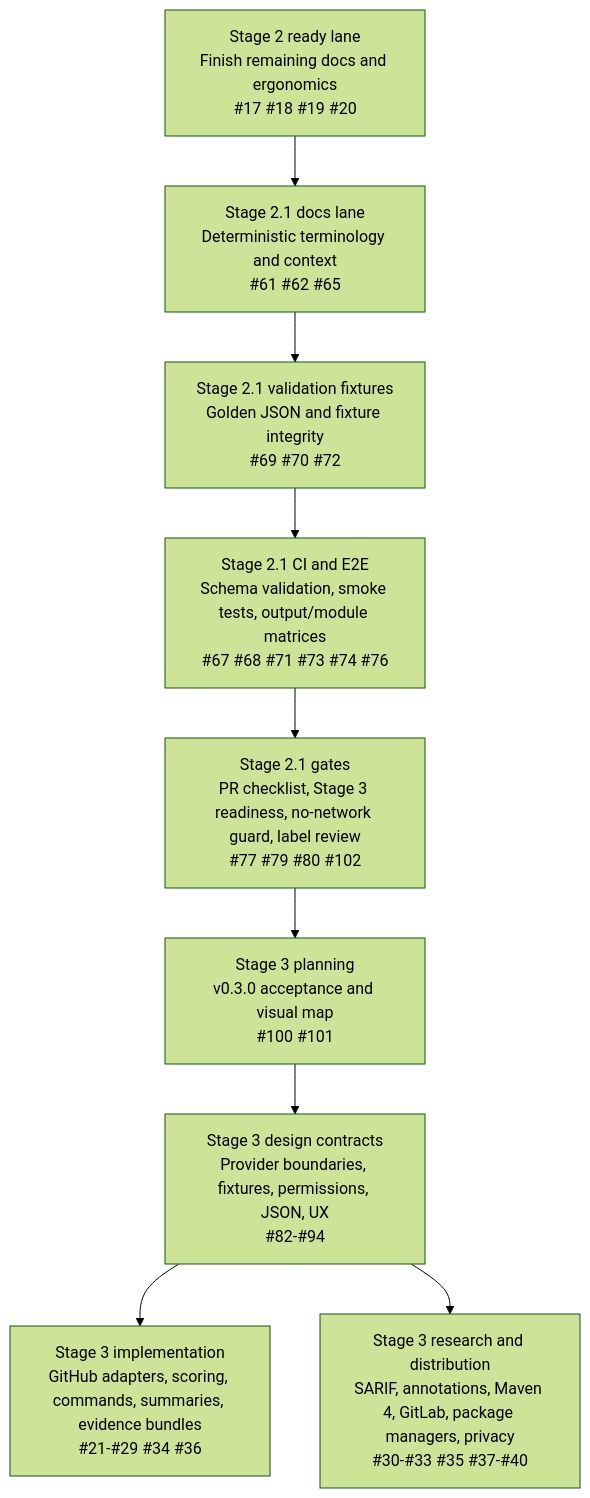
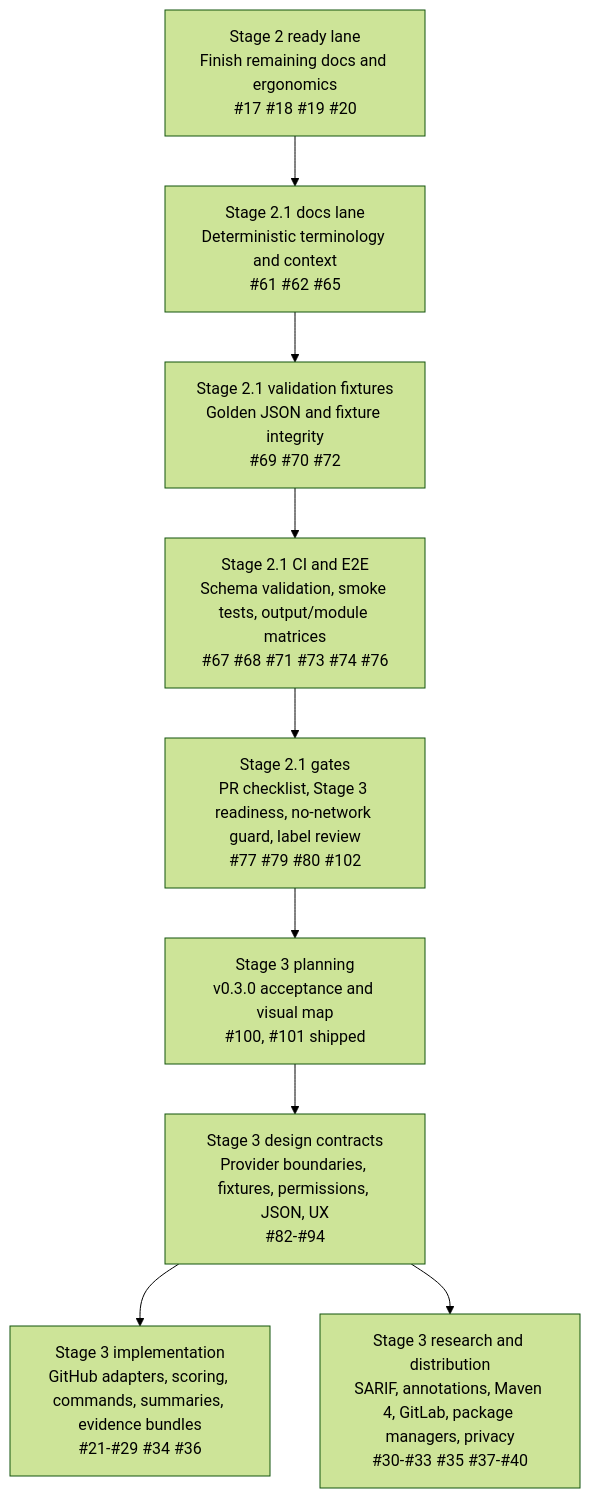
One commit to pr-cli/pr-maven-cli changed the third of 6 diagrams in docs/project-visual-map.md. Above: the diagram before and after it, drawn with Mermaid (forest theme). The commit also changed other lines of this file and 9 other files, not shown here.

````diff
--- a/docs/project-visual-map.md
+++ b/docs/project-visual-map.md
@@ -50,15 +50,15 @@
 ```mermaid
 flowchart TD
     L1["Stage 2 ready lane\nFinish remaining docs and ergonomics\n#17 #18 #19 #20"]
     L2["Stage 2.1 docs lane\nDeterministic terminology and context\n#61 #62 #65"]
     L3["Stage 2.1 validation fixtures\nGolden JSON and fixture integrity\n#69 #70 #72"]
     L4["Stage 2.1 CI and E2E\nSchema validation, smoke tests, output/module matrices\n#67 #68 #71 #73 #74 #76"]
     L5["Stage 2.1 gates\nPR checklist, Stage 3 readiness, no-network guard, label review\n#77 #79 #80 #102"]
-    L6["Stage 3 planning\nv0.3.0 acceptance and visual map\n#100 #101"]
+    L6["Stage 3 planning\nv0.3.0 acceptance and visual map\n#100, #101 shipped"]
     L7["Stage 3 design contracts\nProvider boundaries, fixtures, permissions, JSON, UX\n#82-#94"]
     L8["Stage 3 implementation\nGitHub adapters, scoring, commands, summaries, evidence bundles\n#21-#29 #34 #36"]
     L9["Stage 3 research and distribution\nSARIF, annotations, Maven 4, GitLab, package managers, privacy\n#30-#33 #35 #37-#40"]
 
     L1 --> L2 --> L3 --> L4 --> L5 --> L6 --> L7 --> L8
     L7 --> L9
 ```
````
